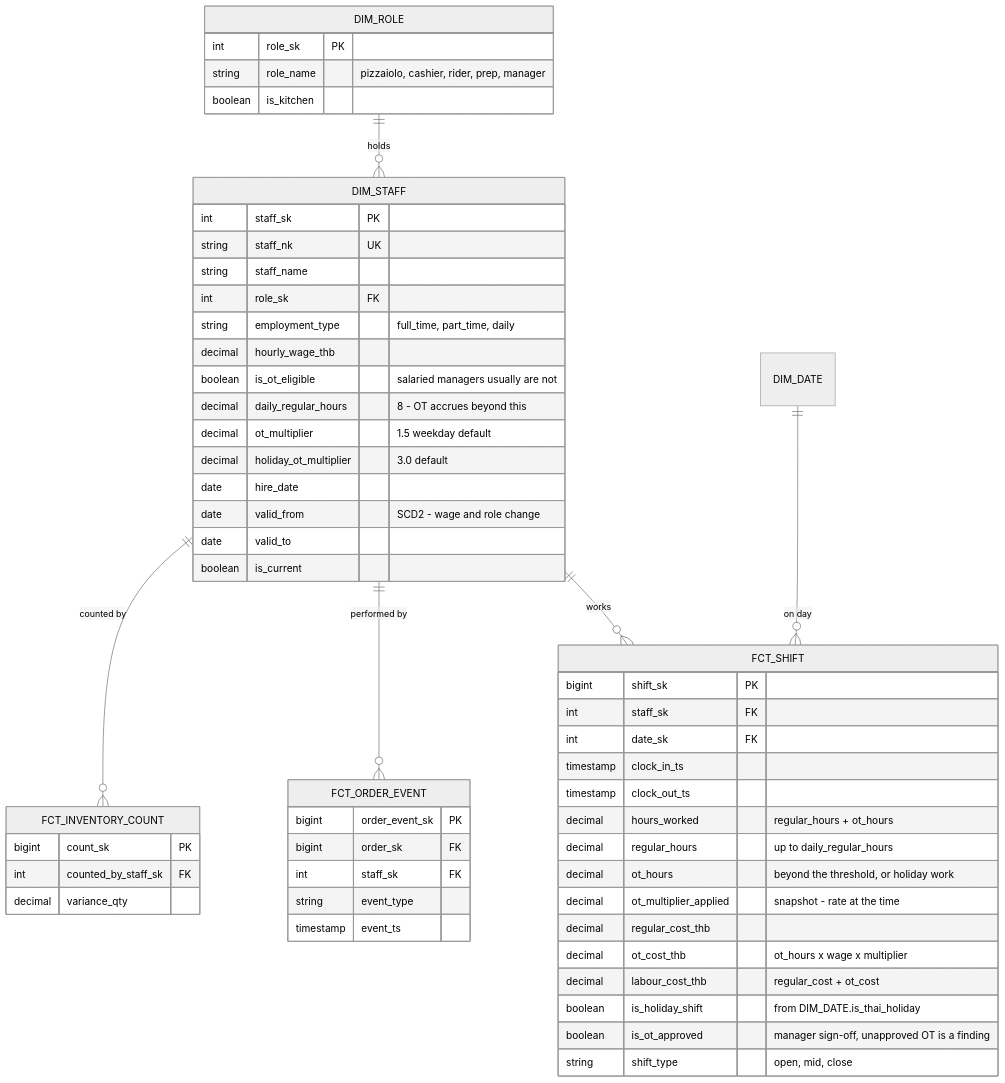
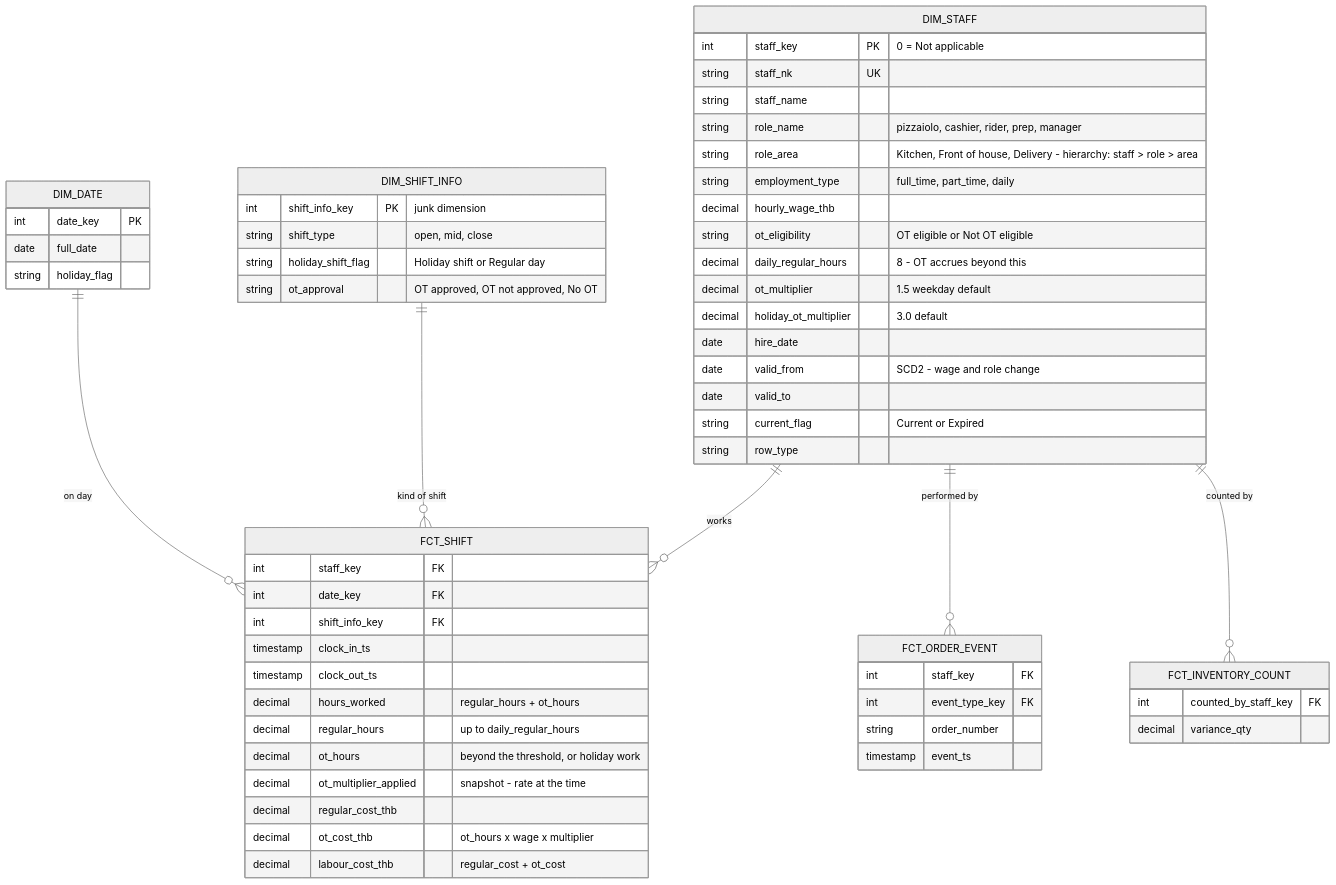
The diagram in diagrams/04-er-people-shifts.mmd (QuadrupleBeansStars/MADT-Pizza-shop), drawn with Mermaid (neutral theme) before and after one commit. The commit also changed 19 other files, not shown here.

```diff
--- a/diagrams/04-er-people-shifts.mmd
+++ b/diagrams/04-er-people-shifts.mmd
@@ -1,60 +1,64 @@
 %% Fig. 4 - ER model: people and shifts (star schema)
 %% FCT_ORDER_EVENT and FCT_INVENTORY_COUNT are shared facts, shown abridged here.
 %% Full definitions live in 02-er-sales-orders.mmd and 03-er-inventory-supply.mmd
+%% Role is folded into DIM_STAFF (no snowflake); SCD2 keeps role history.
 erDiagram
   DIM_STAFF ||--o{ FCT_SHIFT : works
-  DIM_ROLE ||--o{ DIM_STAFF : "holds"
   DIM_DATE ||--o{ FCT_SHIFT : "on day"
+  DIM_SHIFT_INFO ||--o{ FCT_SHIFT : "kind of shift"
   DIM_STAFF ||--o{ FCT_ORDER_EVENT : "performed by"
   DIM_STAFF ||--o{ FCT_INVENTORY_COUNT : "counted by"
 
   DIM_STAFF {
-    int staff_sk PK
+    int staff_key PK "0 = Not applicable"
     string staff_nk UK
     string staff_name
-    int role_sk FK
+    string role_name "pizzaiolo, cashier, rider, prep, manager"
+    string role_area "Kitchen, Front of house, Delivery - hierarchy: staff > role > area"
     string employment_type "full_time, part_time, daily"
     decimal hourly_wage_thb
-    boolean is_ot_eligible "salaried managers usually are not"
+    string ot_eligibility "OT eligible or Not OT eligible"
     decimal daily_regular_hours "8 - OT accrues beyond this"
     decimal ot_multiplier "1.5 weekday default"
     decimal holiday_ot_multiplier "3.0 default"
     date hire_date
     date valid_from "SCD2 - wage and role change"
     date valid_to
-    boolean is_current
+    string current_flag "Current or Expired"
+    string row_type
   }
-  DIM_ROLE {
-    int role_sk PK
-    string role_name "pizzaiolo, cashier, rider, prep, manager"
-    boolean is_kitchen
+  DIM_DATE {
+    int date_key PK
+    date full_date
+    string holiday_flag
+  }
+  DIM_SHIFT_INFO {
+    int shift_info_key PK "junk dimension"
+    string shift_type "open, mid, close"
+    string holiday_shift_flag "Holiday shift or Regular day"
+    string ot_approval "OT approved, OT not approved, No OT"
   }
   FCT_SHIFT {
-    bigint shift_sk PK
-    int staff_sk FK
-    int date_sk FK
+    int staff_key FK
+    int date_key FK
+    int shift_info_key FK
     timestamp clock_in_ts
     timestamp clock_out_ts
     decimal hours_worked "regular_hours + ot_hours"
     decimal regular_hours "up to daily_regular_hours"
     decimal ot_hours "beyond the threshold, or holiday work"
     decimal ot_multiplier_applied "snapshot - rate at the time"
     decimal regular_cost_thb
     decimal ot_cost_thb "ot_hours x wage x multiplier"
     decimal labour_cost_thb "regular_cost + ot_cost"
-    boolean is_holiday_shift "from DIM_DATE.is_thai_holiday"
-    boolean is_ot_approved "manager sign-off, unapproved OT is a finding"
-    string shift_type "open, mid, close"
   }
   FCT_ORDER_EVENT {
-    bigint order_event_sk PK
-    bigint order_sk FK
-    int staff_sk FK
-    string event_type
+    int staff_key FK
+    int event_type_key FK
+    string order_number
     timestamp event_ts
   }
   FCT_INVENTORY_COUNT {
-    bigint count_sk PK
-    int counted_by_staff_sk FK
+    int counted_by_staff_key FK
     decimal variance_qty
   }
```
